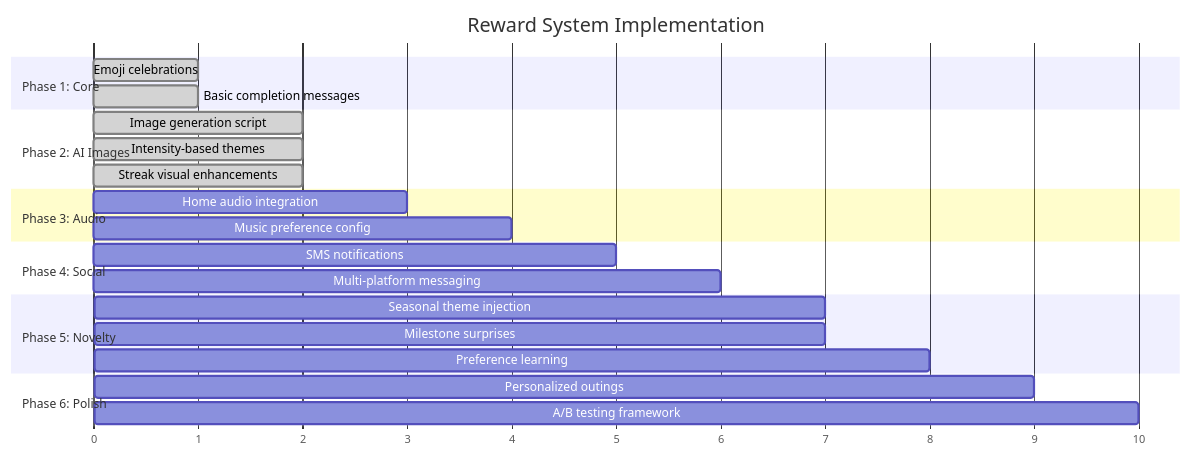
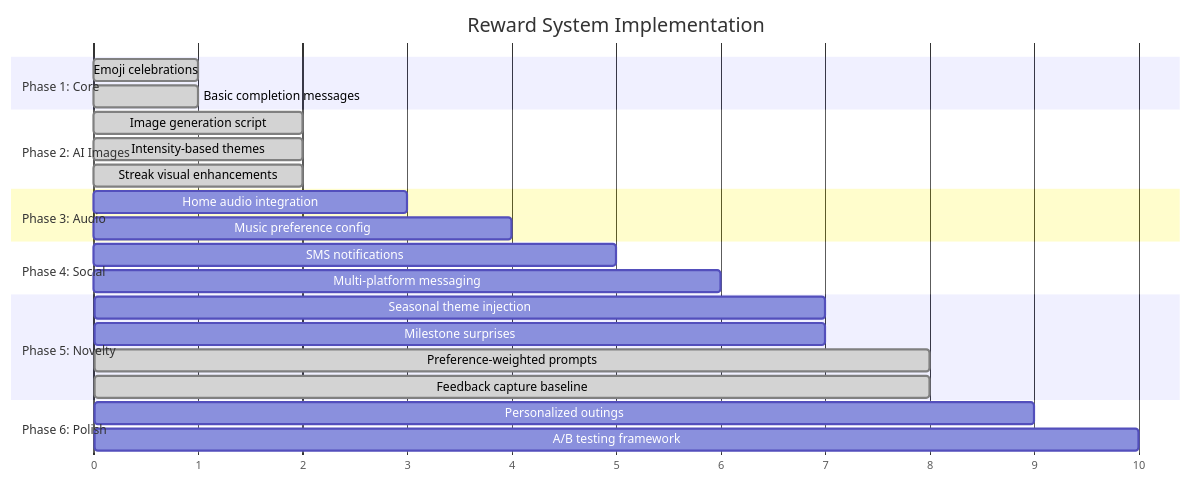
Diagram 18 of 18 in docs/reward-system.md (NickBorgersProbably/hide-my-list), drawn with Mermaid before and after one commit. The commit also changed other lines of this file and 2 other files, not shown here.

````diff
--- a/docs/reward-system.md
+++ b/docs/reward-system.md
@@ -850,32 +927,33 @@
 ```mermaid
 gantt
     title Reward System Implementation
     dateFormat  X
     axisFormat %s
 
     section Phase 1: Core
     Emoji celebrations           :done, p1a, 0, 1
     Basic completion messages    :done, p1b, 0, 1
 
     section Phase 2: AI Images
     Image generation script      :done, p2a, 1, 2
     Intensity-based themes       :done, p2b, 1, 2
     Streak visual enhancements   :done, p2c, 1, 2
 
     section Phase 3: Audio
     Home audio integration       :p3a, 2, 3
     Music preference config      :p3b, 3, 4
 
     section Phase 4: Social
     SMS notifications            :p4a, 4, 5
     Multi-platform messaging     :p4b, 5, 6
 
     section Phase 5: Novelty
     Seasonal theme injection     :p5a, 6, 7
     Milestone surprises          :p5b, 6, 7
-    Preference learning          :p5c, 7, 8
+    Preference-weighted prompts  :done, p5c, 7, 8
+    Feedback capture baseline    :done, p5d, 7, 8
 
     section Phase 6: Polish
     Personalized outings         :p6a, 8, 9
     A/B testing framework        :p6b, 9, 10
 ```
````
